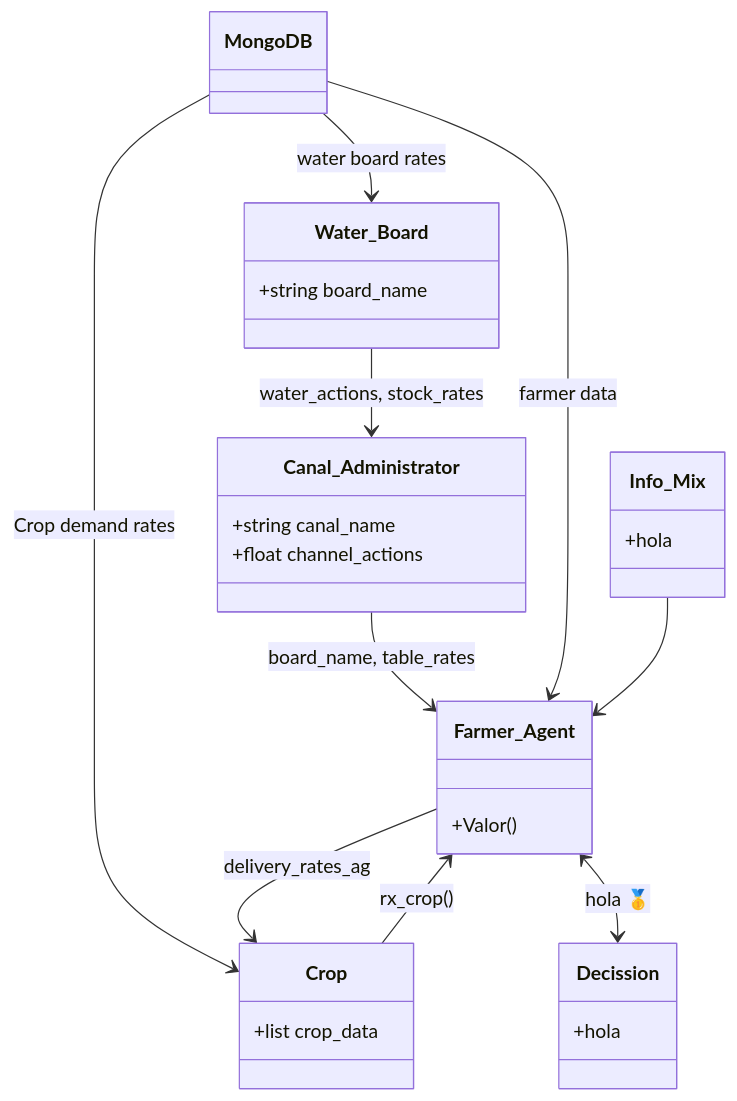
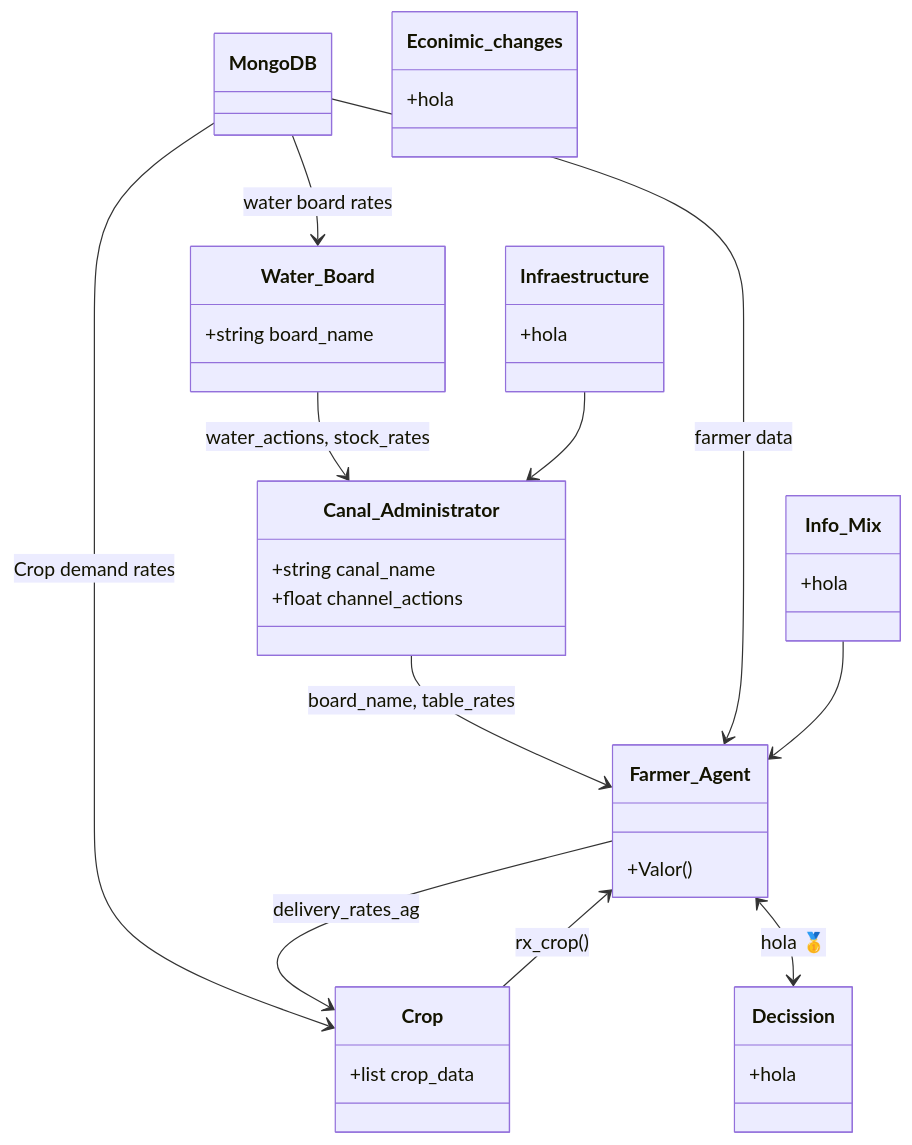
One commit to Pablov81/Agrotopia changed the diagram in README.md. Above: the diagram before and after it, drawn with Mermaid.

````diff
--- a/README.md
+++ b/README.md
@@ -46,42 +46,49 @@
 ```mermaid
 classDiagram
     class MongoDB {
     }
 
     class Water_Board {
         +string board_name
     }
 
     class Canal_Administrator{
         +string canal_name
         +float channel_actions
     }
 
     class Farmer_Agent {
         +Valor()
     }
 
     class Crop {
         +list crop_data
     }
 
     class Decission {
         +hola
     }
 
     class Info_Mix {
         +hola
     }
 
+    class Infraestructure {
+        +hola
+    }
 
+    class Econimic_changes {
+        +hola
+    }
 
     Water_Board --> Canal_Administrator: water_actions, stock_rates
     Canal_Administrator --> Farmer_Agent: board_name, table_rates
     MongoDB --> Water_Board: water board rates
     MongoDB --> Farmer_Agent: farmer data
     MongoDB --> Crop: Crop demand rates
     Farmer_Agent --> Crop: delivery_rates_ag
     Farmer_Agent <--> Decission:hola 🥇
     Info_Mix-->Farmer_Agent
+    Infraestructure-->Canal_Administrator
     Crop --> Farmer_Agent:rx_crop()
 ```
````
